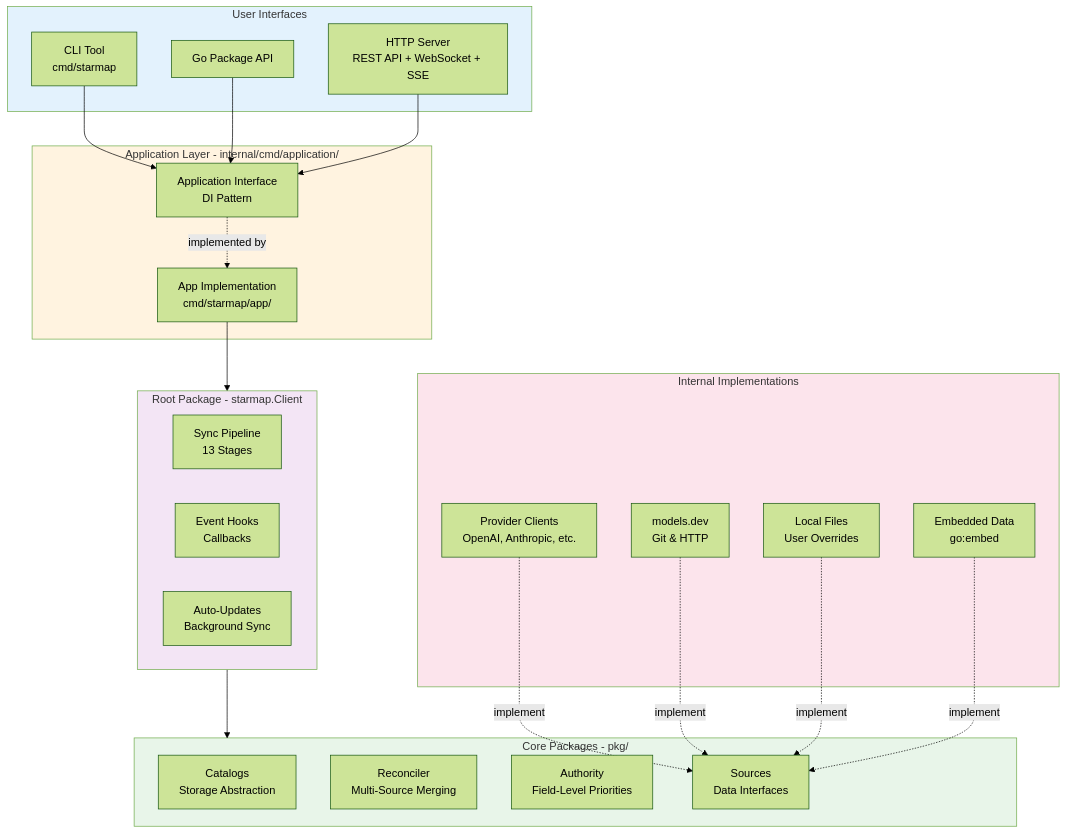
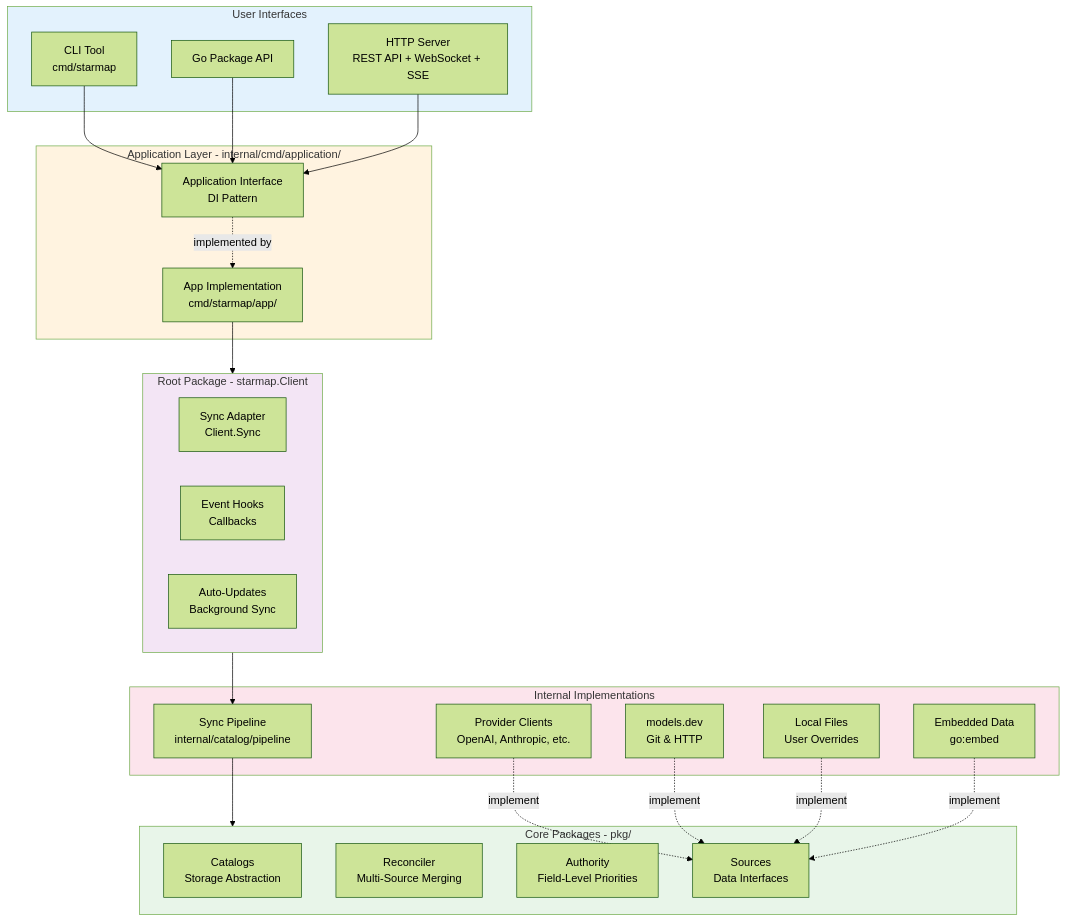
One commit to agentstation/starmap changed the first of 8 diagrams in docs/ARCHITECTURE.md. Above: the diagram before and after it, drawn with Mermaid (forest theme). The commit also changed other lines of this file and 80 other files, not shown here.

Commit message:
chore: checkpoint architecture baseline

````diff
--- a/docs/ARCHITECTURE.md
+++ b/docs/ARCHITECTURE.md
@@ -36,47 +37,49 @@
 ```mermaid
 graph TB
     subgraph UI["User Interfaces"]
         CLI[CLI Tool<br/>cmd/starmap]
         GO[Go Package API]
         HTTP[HTTP Server<br/>REST API + WebSocket + SSE]
     end
 
     subgraph APP["Application Layer - internal/cmd/application/"]
         APPIF[Application Interface<br/>DI Pattern]
         APPIMPL[App Implementation<br/>cmd/starmap/app/]
     end
 
     subgraph ROOT["Root Package - starmap.Client"]
-        SYNC[Sync Pipeline<br/>13 Stages]
+        SYNC[Sync Adapter<br/>Client.Sync]
         HOOKS[Event Hooks<br/>Callbacks]
         AUTO[Auto-Updates<br/>Background Sync]
     end
 
     subgraph CORE["Core Packages - pkg/"]
         CAT[Catalogs<br/>Storage Abstraction]
         REC[Reconciler<br/>Multi-Source Merging]
         AUTH[Authority<br/>Field-Level Priorities]
         SOURCES[Sources<br/>Data Interfaces]
     end
 
     subgraph IMPL["Internal Implementations"]
+        PIPE[Sync Pipeline<br/>internal/catalog/pipeline]
         EMBED[Embedded Data<br/>go:embed]
         PROVS[Provider Clients<br/>OpenAI, Anthropic, etc.]
         MODELS[models.dev<br/>Git & HTTP]
         LOCAL[Local Files<br/>User Overrides]
     end
 
     CLI --> APPIF
     GO --> APPIF
     HTTP --> APPIF
     APPIF -.implemented by.-> APPIMPL
     APPIMPL --> ROOT
-    ROOT --> CORE
+    ROOT --> PIPE
+    PIPE --> CORE
     PROVS & MODELS & LOCAL & EMBED -.implement.-> SOURCES
 
     style UI fill:#e3f2fd
     style APP fill:#fff3e0
     style ROOT fill:#f3e5f5
     style CORE fill:#e8f5e9
     style IMPL fill:#fce4ec
 ```
````
